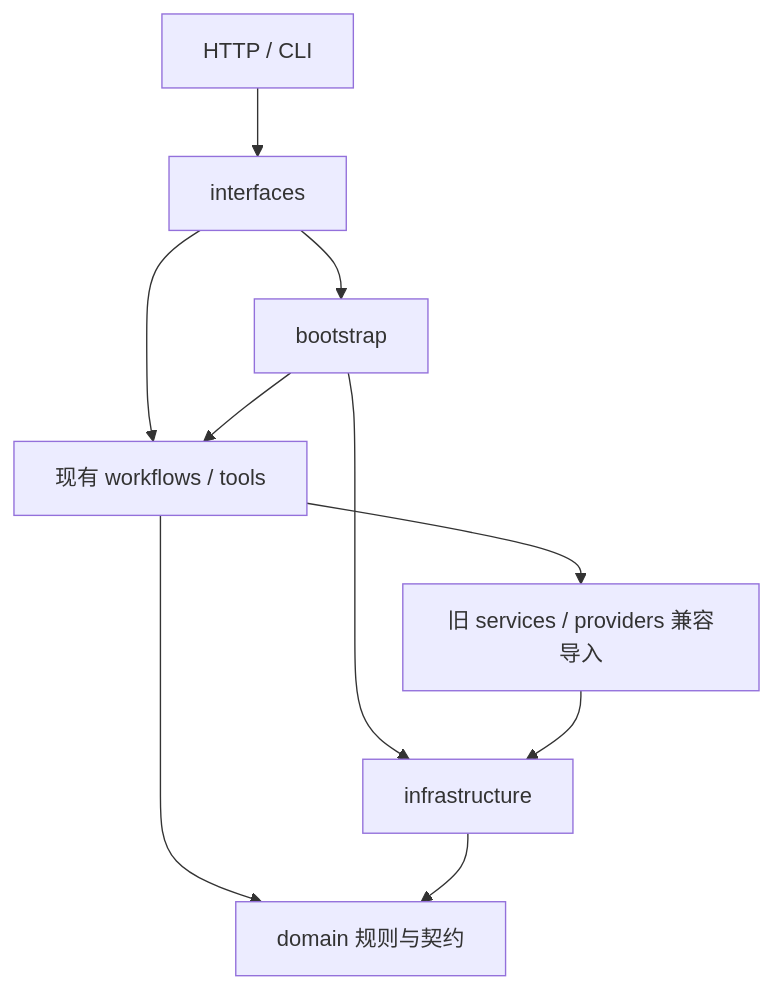
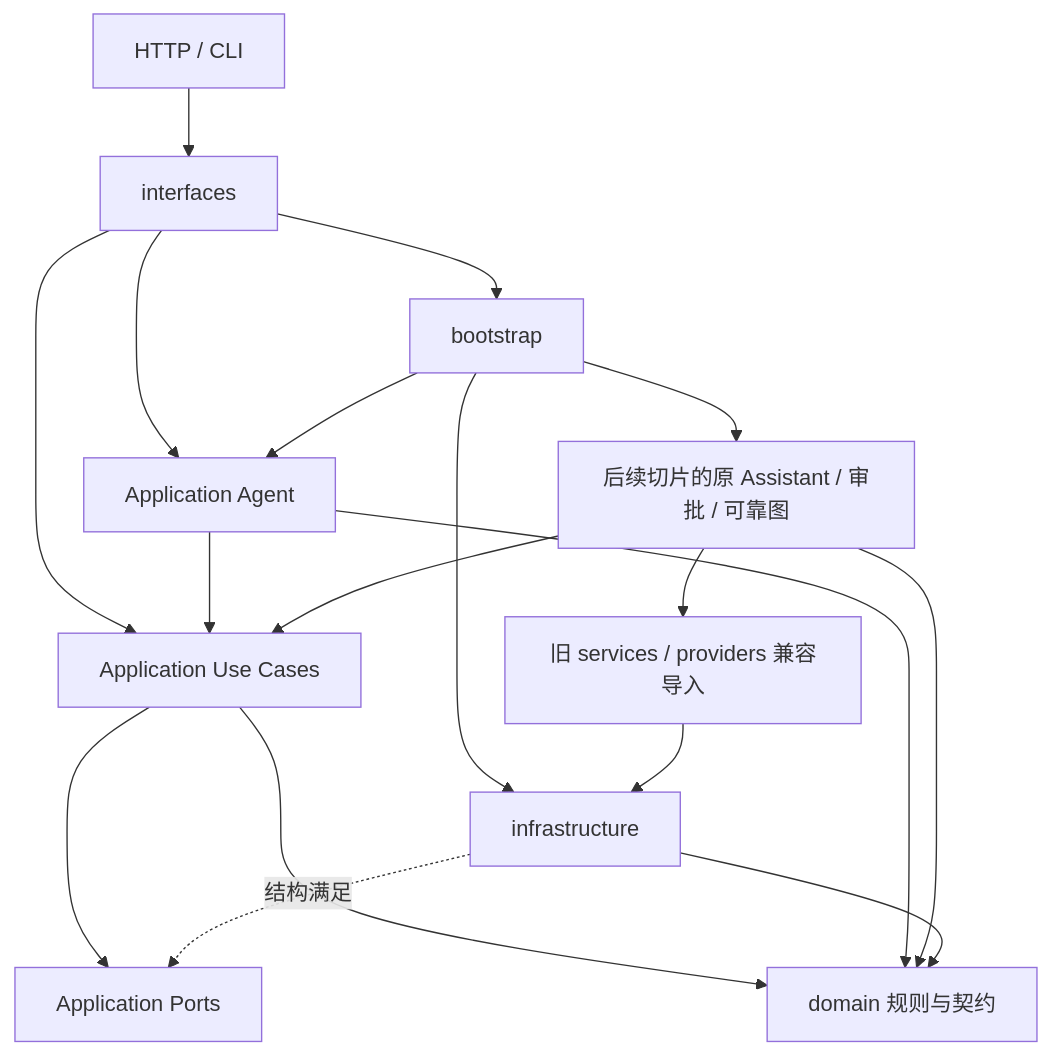
The diagram in docs/architecture.md (re-tourist/Personal-Productivity-Agent), drawn with Mermaid before and after one commit. The commit also changed other lines of this file and 5 other files, not shown here.

````diff
--- a/docs/architecture.md
+++ b/docs/architecture.md
@@ -57,12 +70,20 @@
 ```mermaid
 flowchart TD
     Client[HTTP / CLI] --> Interfaces[interfaces]
     Interfaces --> Bootstrap[bootstrap]
-    Interfaces --> Existing[现有 workflows / tools]
-    Bootstrap --> Existing
+    Interfaces --> UseCases[Application Use Cases]
+    Interfaces --> Agent[Application Agent]
+    Bootstrap --> Agent
     Bootstrap --> Infra[infrastructure]
+    Agent --> UseCases
+    UseCases --> Ports[Application Ports]
+    UseCases --> Domain[domain 规则与契约]
+    Infra -. 结构满足 .-> Ports
+    Agent --> Domain
+    Bootstrap --> Existing[后续切片的原 Assistant / 审批 / 可靠图]
+    Existing --> UseCases
     Existing --> Compat[旧 services / providers 兼容导入]
     Compat --> Infra
-    Existing --> Domain[domain 规则与契约]
+    Existing --> Domain
     Infra --> Domain
 ```
````
